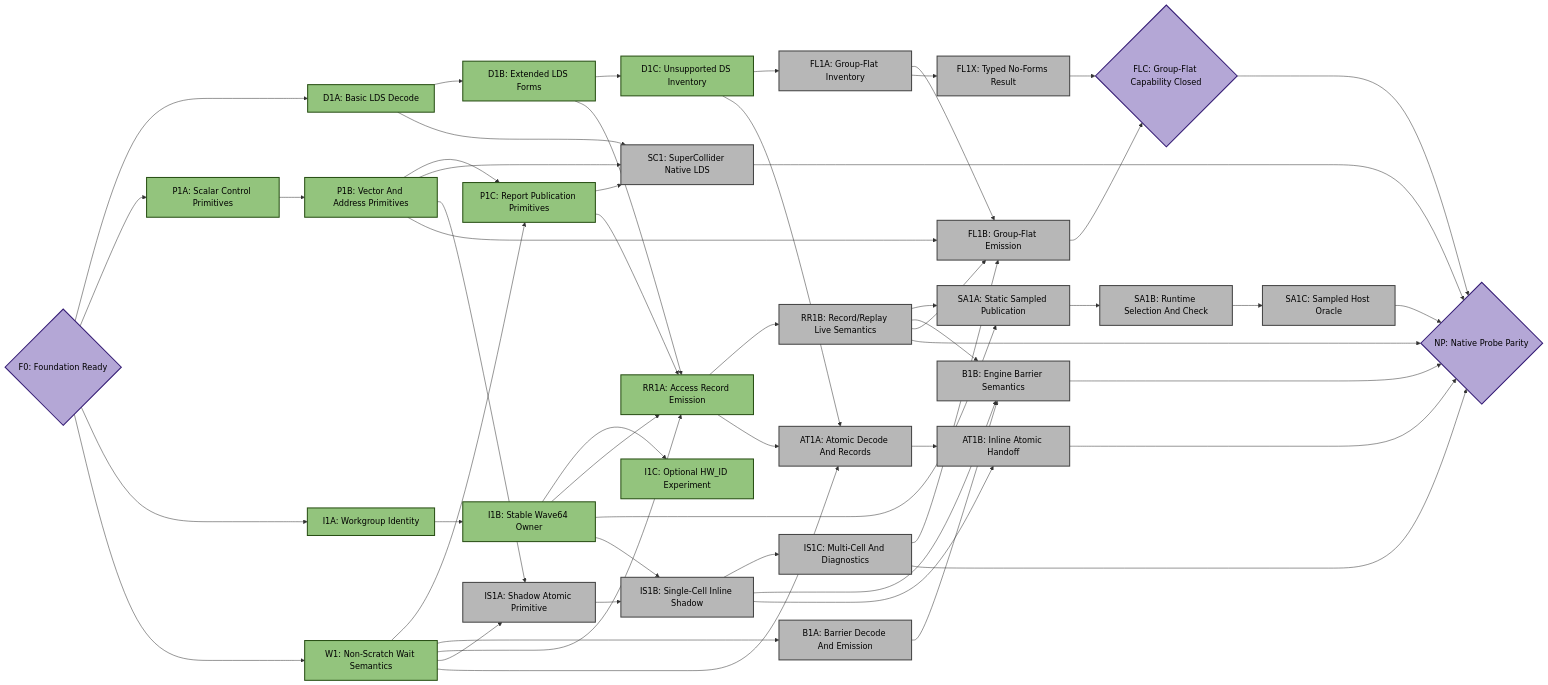
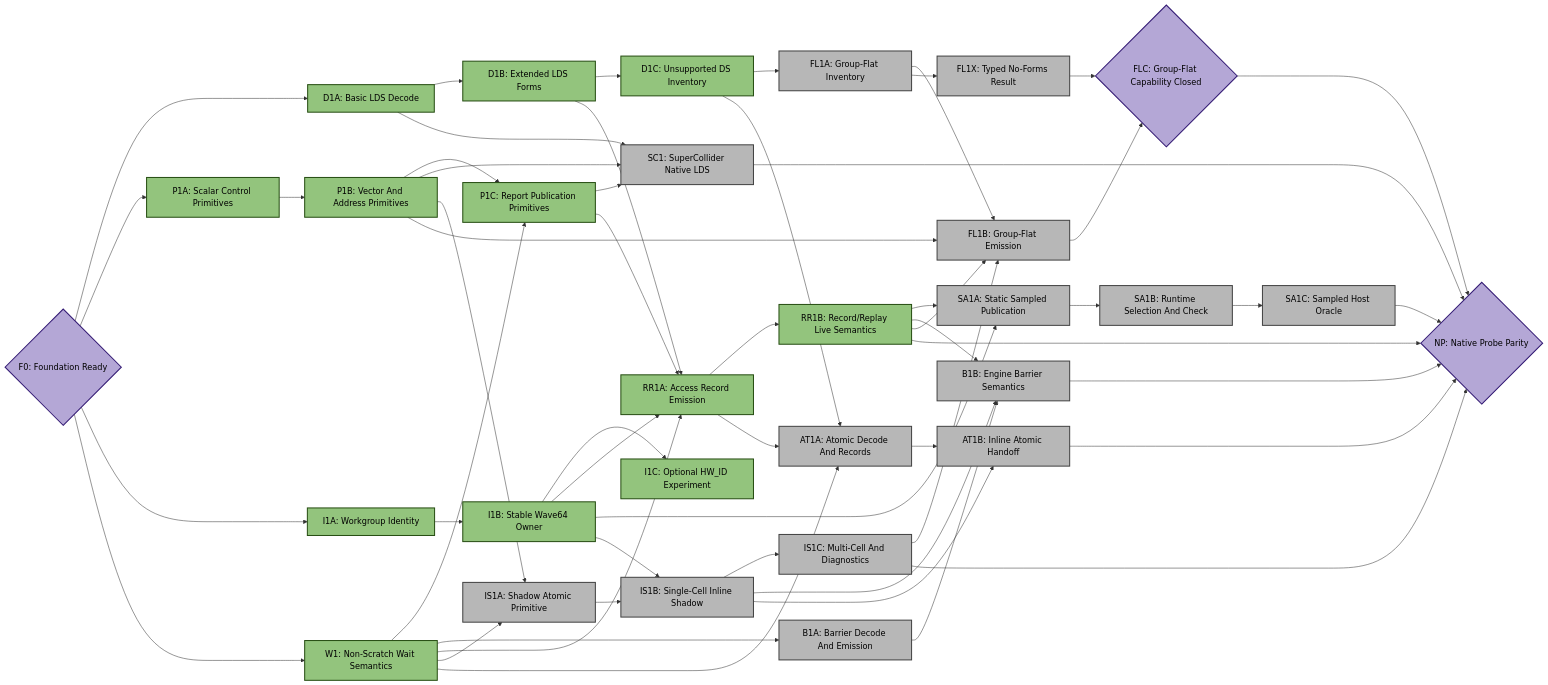
The fourth of 5 diagrams in emulation/rocjitsu/docs/consan/PLAN_GFX950.md (ROCm/rocm-systems), drawn with Mermaid before and after one commit. The commit also changed other lines of this file and 2 other files, not shown here.

Commit message:
rocjitsu: prove gfx950 record replay semantics

```diff
--- a/emulation/rocjitsu/docs/consan/PLAN_GFX950.md
+++ b/emulation/rocjitsu/docs/consan/PLAN_GFX950.md
@@ -313,7 +319,7 @@
   B1B["B1B: Engine Barrier Semantics"]:::todo
   SC1["SC1: SuperCollider Native LDS"]:::todo
   RR1A["RR1A: Access Record Emission"]:::done
-  RR1B["RR1B: Record/Replay Live Semantics"]:::todo
+  RR1B["RR1B: Record/Replay Live Semantics"]:::done
   SA1A["SA1A: Static Sampled Publication"]:::todo
   SA1B["SA1B: Runtime Selection And Check"]:::todo
   SA1C["SA1C: Sampled Host Oracle"]:::todo
```
